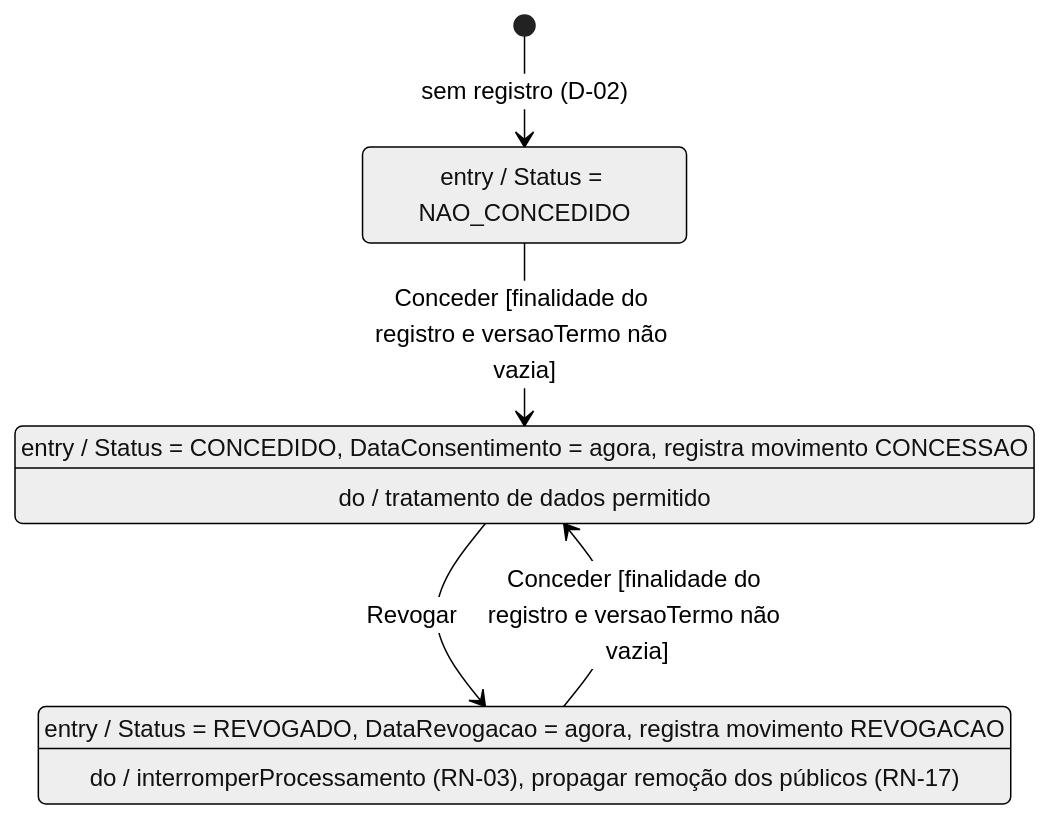
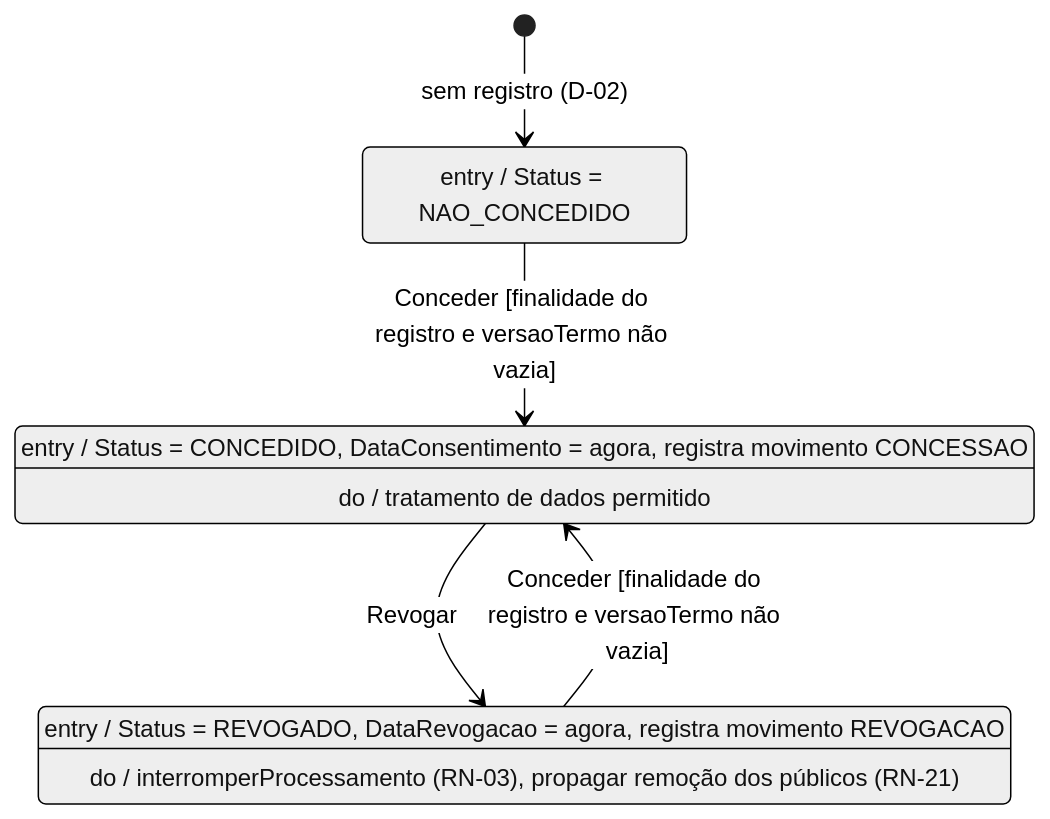
The diagram in docs/uml/UML5_estados_consentimento.md (sthefanyblima/perfila), drawn with Mermaid (neutral theme) before and after one commit. The commit also changed other lines of this file and 54 other files, not shown here.

First line of the commit message:
Renumeração dos públicos para depois do portal: Spec v1.11, Q-61 a Q-67, RN-21 e RN-22, T-80 a T-85, L-44 a L-51 e migração 011

````diff
--- a/docs/uml/UML5_estados_consentimento.md
+++ b/docs/uml/UML5_estados_consentimento.md
@@ -10,13 +10,13 @@
 ```mermaid
 stateDiagram-v2
   [*] --> NAO_CONCEDIDO : sem registro (D-02)
   NAO_CONCEDIDO --> CONCEDIDO : Conceder [finalidade do registro e versaoTermo não vazia]
   CONCEDIDO --> REVOGADO : Revogar
   REVOGADO --> CONCEDIDO : Conceder [finalidade do registro e versaoTermo não vazia]
 
   NAO_CONCEDIDO : entry / Status = NAO_CONCEDIDO
   CONCEDIDO : entry / Status = CONCEDIDO, DataConsentimento = agora, registra movimento CONCESSAO
   CONCEDIDO : do / tratamento de dados permitido
   REVOGADO : entry / Status = REVOGADO, DataRevogacao = agora, registra movimento REVOGACAO
-  REVOGADO : do / interromperProcessamento (RN-03), propagar remoção dos públicos (RN-17)
+  REVOGADO : do / interromperProcessamento (RN-03), propagar remoção dos públicos (RN-21)
 ```
````
